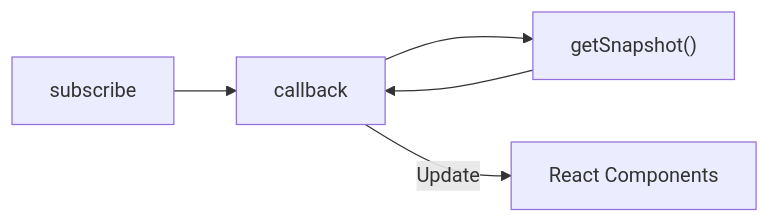
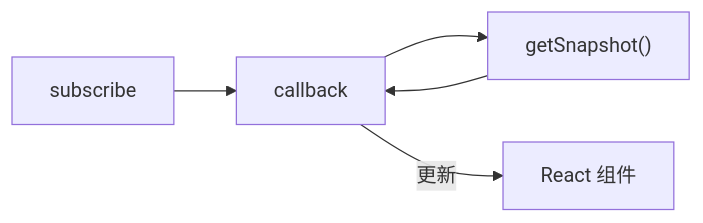
The first of 3 diagrams in blog/2026/useSyncExternalStore.md (wukaipeng-dev/ken), drawn with Mermaid before and after one commit. The commit also changed other lines of this file, not shown here.

````diff
--- a/blog/2026/useSyncExternalStore.md
+++ b/blog/2026/useSyncExternalStore.md
@@ -64,7 +64,7 @@
 ```mermaid
 flowchart LR
   subscribe --> callback
   callback --> getSnapshot["getSnapshot()"]
   getSnapshot --> callback
-  callback --> |"Update"| react-component["React Components"]
+  callback --> |"更新"| react-component["React 组件"]
 ```
````
